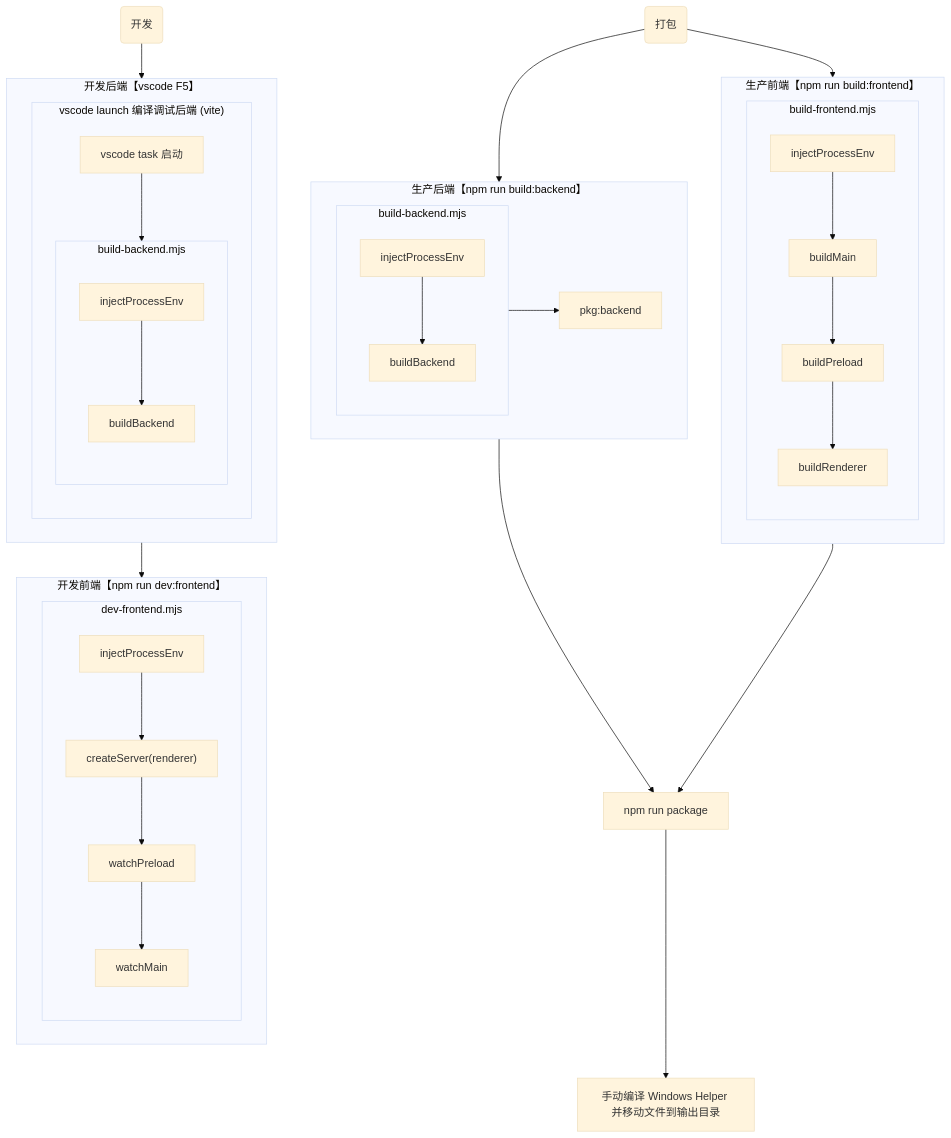
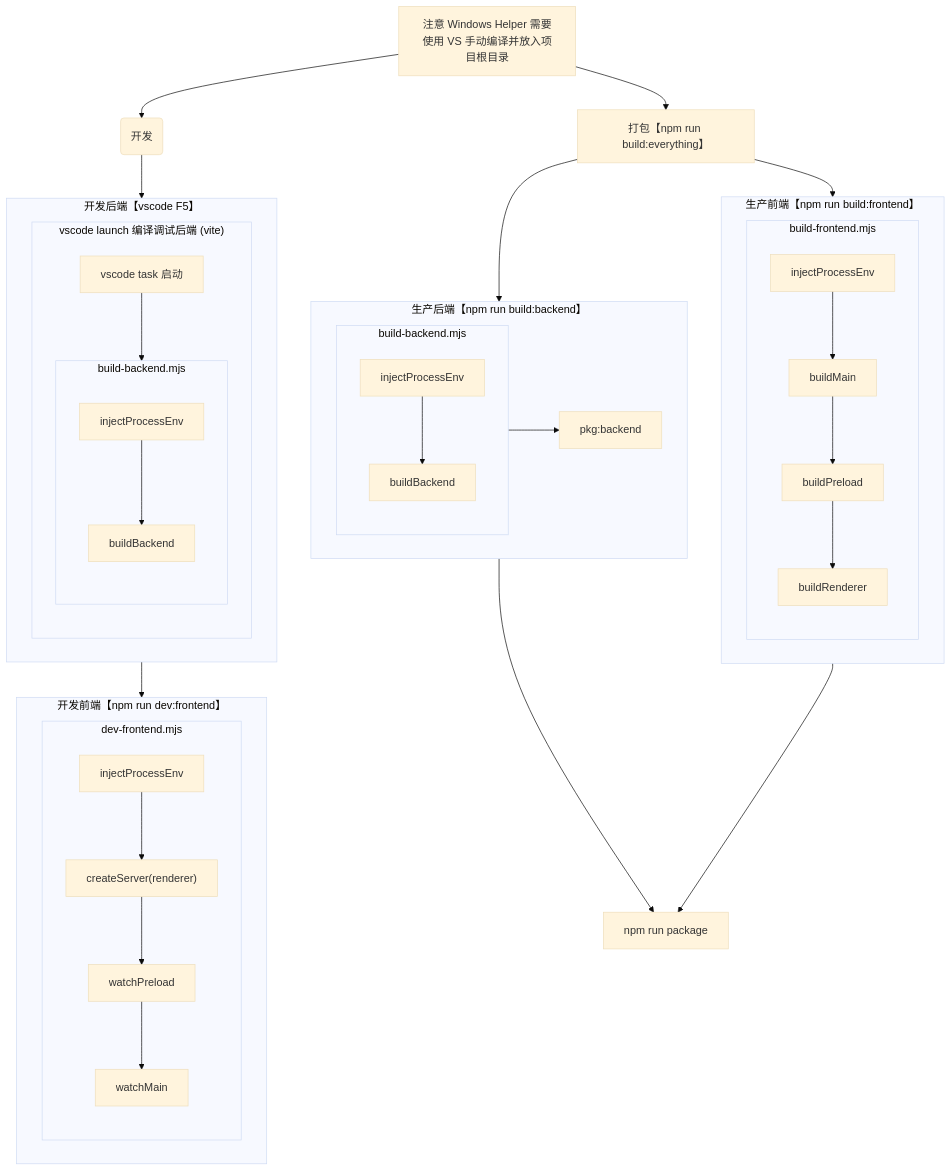
Before and after one commit to ttqftech/FFBox: the diagram in 日志.md, drawn with Mermaid (base theme). The commit also changed 10 other files, not shown here.

````diff
--- a/日志.md
+++ b/日志.md
@@ -3,33 +3,35 @@
 ```mermaid
 flowchart TB
   subgraph DFmjs[dev-frontend.mjs]
     IPE1[injectProcessEnv] --> CSR["createServer(renderer)"] --> watchPreload --> watchMain
   end
   subgraph BBmjs[build-backend.mjs]
     IPE2[injectProcessEnv] --> BB1["buildBackend"]
   end
   subgraph BBmjs2[build-backend.mjs]
     IPE3[injectProcessEnv] --> BB2["buildBackend"]
   end
   subgraph BFmjs[build-frontend.mjs]
     IPE4[injectProcessEnv] --> buildMain --> buildPreload --> buildRenderer
   end
   subgraph VCLaunchB["vscode launch 编译调试后端 (vite)"]
     VSTask["vscode task 启动"] --> BBmjs2
   end
   subgraph 生产前端["生产前端【npm run build:frontend】"]
     BFmjs
   end
   subgraph 生产后端["生产后端【npm run build:backend】"]
     BBmjs --> PB[pkg:backend]
   end
   subgraph 开发前端["开发前端【npm run dev:frontend】"]
     DFmjs
   end
   subgraph 开发后端["开发后端【vscode F5】"]
     VCLaunchB
   end
 
+  注1[注意 Windows Helper 需要使用 VS 手动编译并放入项目根目录]
   开发("开发") --> 开发后端 --> 开发前端
-  打包("打包") --> 生产后端 & 生产前端 --> pkg["npm run package"] --> helper[手动编译 Windows Helper 并移动文件到输出目录]
+  打包("打包") --> 生产后端 & 生产前端 --> pkg["npm run package"]
+  注1 --> 开发 & 打包[打包【npm run build:everything】]
 ```
````
